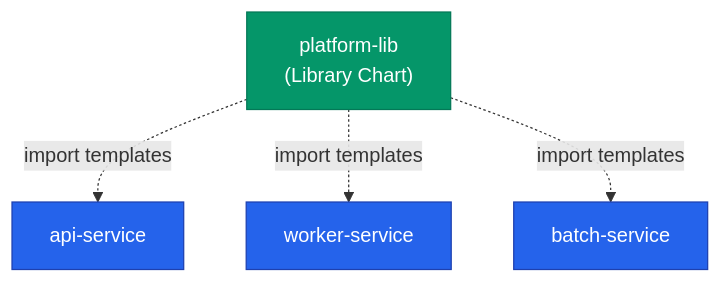
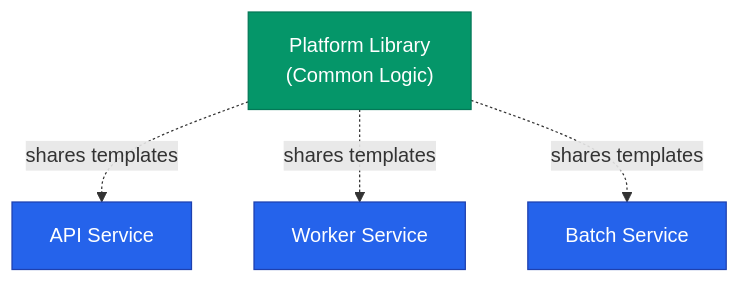
One commit to No1Joon/No1Joon.github.io changed the diagram in _posts/container-orchestration/2026-04-20-helm-02-patterns.md. Above: the diagram before and after it, drawn with Mermaid. The commit also changed other lines of this file and 15 other files, not shown here.

````diff
--- a/_posts/container-orchestration/2026-04-20-helm-02-patterns.md
+++ b/_posts/container-orchestration/2026-04-20-helm-02-patterns.md
@@ -27,17 +27,17 @@
 ```mermaid
 flowchart TB
-    LIB["platform-lib<br/>(Library Chart)"]
-    C1["api-service"]
-    C2["worker-service"]
-    C3["batch-service"]
+    LIB["Platform Library<br/>(Common Logic)"]
+    C1["API Service"]
+    C2["Worker Service"]
+    C3["Batch Service"]
 
-    LIB -.->|"import templates"| C1
-    LIB -.->|"import templates"| C2
-    LIB -.->|"import templates"| C3
+    LIB -.->|"shares templates"| C1
+    LIB -.->|"shares templates"| C2
+    LIB -.->|"shares templates"| C3
 
-    classDef lib fill:#059669,stroke:#047857,color:#ffffff
-    classDef chart fill:#2563eb,stroke:#1e40af,color:#ffffff
+    classDef success fill:#059669,stroke:#047857,color:#ffffff
+    classDef primary fill:#2563eb,stroke:#1e40af,color:#ffffff
 
-    class LIB lib
-    class C1,C2,C3 chart
+    class LIB success
+    class C1,C2,C3 primary
 ```
````
